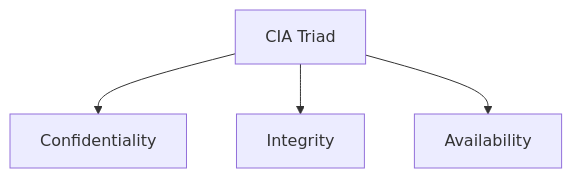
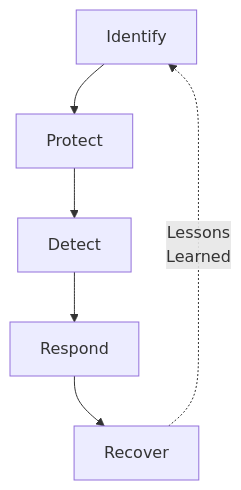
Before and after one commit to sujith-eag/sujith-library: diagram 11 of 13 in docs/projects/blogs/security/security_architecture/1_foundation.md, drawn with Mermaid. The commit also changed other lines of this file and 11 other files, not shown here.

````diff
--- a/docs/projects/blogs/security/security_architecture/1_foundation.md
+++ b/docs/projects/blogs/security/security_architecture/1_foundation.md
@@ -11,7 +831,9 @@
 ```mermaid
 flowchart TD
-    A[CIA Triad]
-    A --> B[Confidentiality]
-    A --> C[Integrity]
-    A --> D[Availability]
+    A[Identify] --> B[Protect]
+    B --> C[Detect]
+    C --> D[Respond]
+    D --> E[Recover]
+    E -.Lessons
+            Learned.-> A
 ```
````
